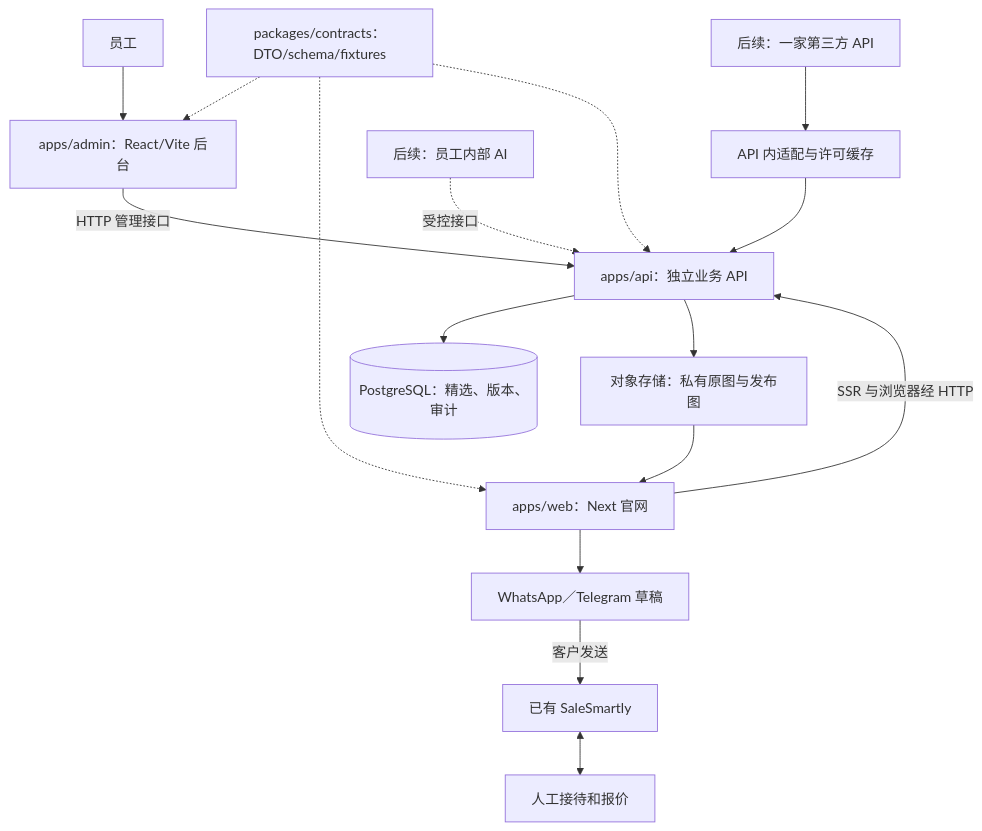
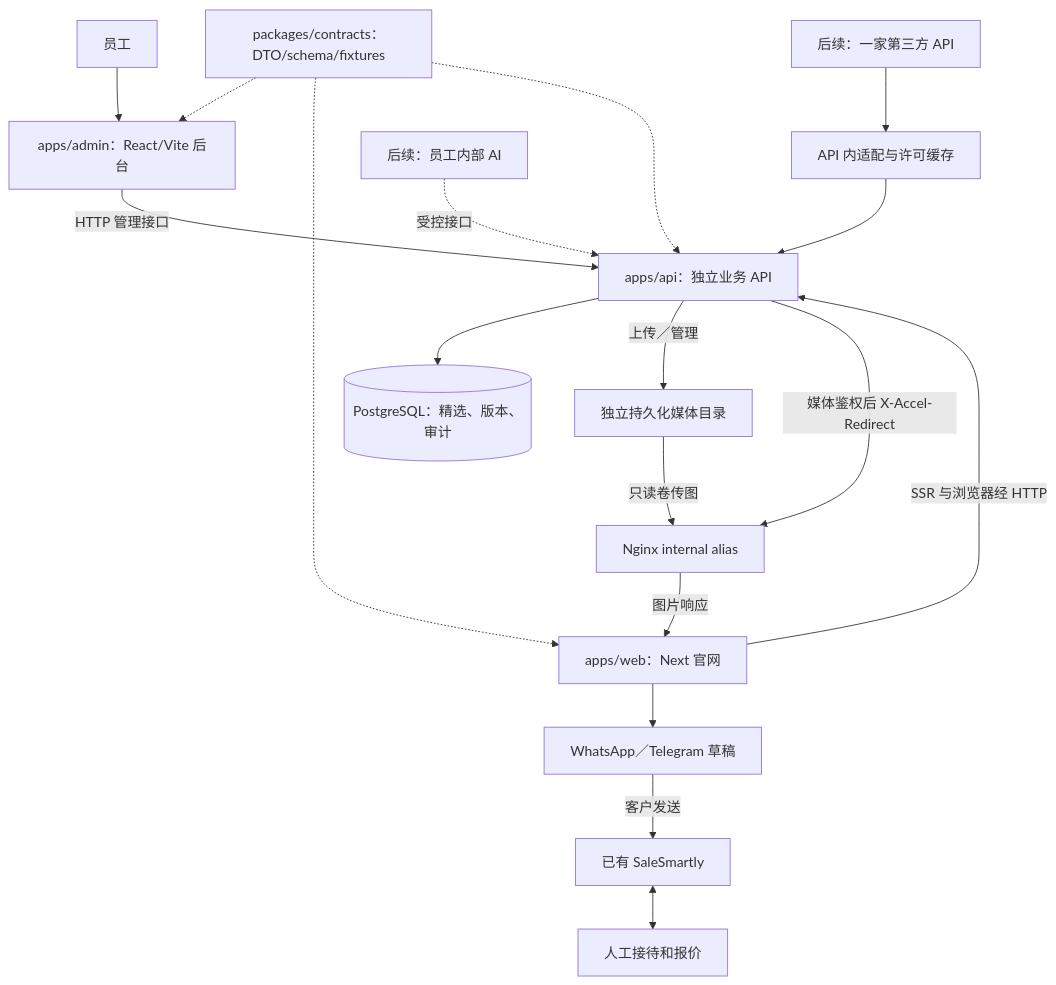
The diagram in product/路线图.md (louisvotton2-code/HD_Auto_Export), drawn with Mermaid before and after one commit. The commit also changed other lines of this file and 262 other files, not shown here.

````diff
--- a/product/路线图.md
+++ b/product/路线图.md
@@ -38,18 +49,20 @@
 ```mermaid
 flowchart TD
   Staff[员工] --> Admin[apps/admin：React/Vite 后台]
   Admin -->|HTTP 管理接口| API[apps/api：独立业务 API]
   Web[apps/web：Next 官网] -->|SSR 与浏览器经 HTTP| API
   Contracts[packages/contracts：DTO/schema/fixtures] -.-> Admin
   Contracts -.-> Web
   Contracts -.-> API
   API --> DB[(PostgreSQL：精选、版本、审计)]
-  API --> Media[对象存储：私有原图与发布图]
+  API -->|上传／管理| Media[独立持久化媒体目录]
+  API -->|媒体鉴权后 X-Accel-Redirect| Nginx[Nginx internal alias]
+  Media -->|只读卷传图| Nginx
   Provider[后续：一家第三方 API] --> Adapter[API 内适配与许可缓存]
   Adapter --> API
-  Media --> Web
+  Nginx -->|图片响应| Web
   Web --> Draft[WhatsApp／Telegram 草稿]
   Draft -->|客户发送| Sale[已有 SaleSmartly]
   Sale <--> Human[人工接待和报价]
   AI[后续：员工内部 AI] -.->|受控接口| API
 ```
````
